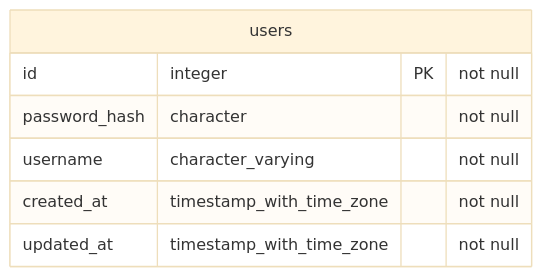
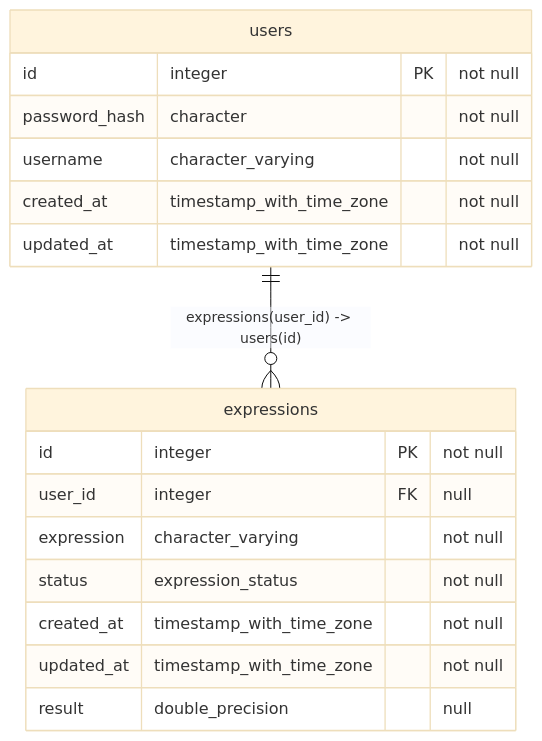
The diagram in database.md (dzherb/go_calculator), drawn with Mermaid (base theme) before and after one commit. The commit also changed other lines of this file, not shown here.

Commit message:
chore: update db schema

````diff
--- a/database.md
+++ b/database.md
@@ -3,11 +3,23 @@
 ```mermaid
 erDiagram
+
+    expressions {
+        id integer PK "not null"
+        user_id integer FK "null"
+        expression character_varying "not null"
+        status expression_status "not null"
+        created_at timestamp_with_time_zone "not null"
+        updated_at timestamp_with_time_zone "not null"
+        result double_precision "null"
+    }
 
     users {
         id integer PK "not null"
         password_hash character "not null"
         username character_varying "not null"
         created_at timestamp_with_time_zone "not null"
         updated_at timestamp_with_time_zone "not null"
     }
+
+    users ||--o{ expressions : "expressions(user_id) -> users(id)"
 ```
````
